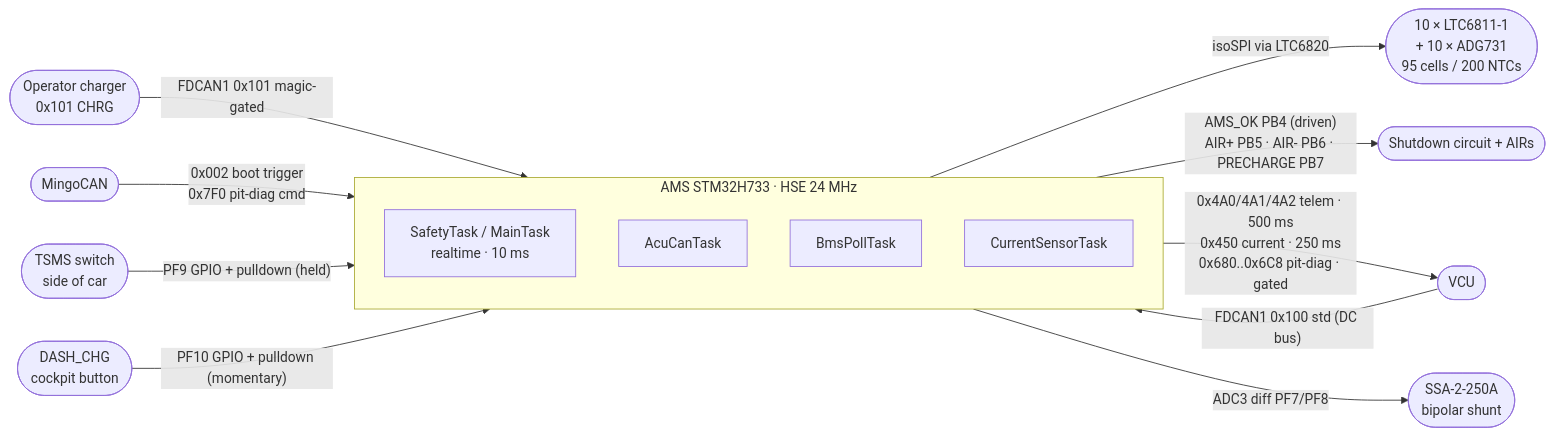
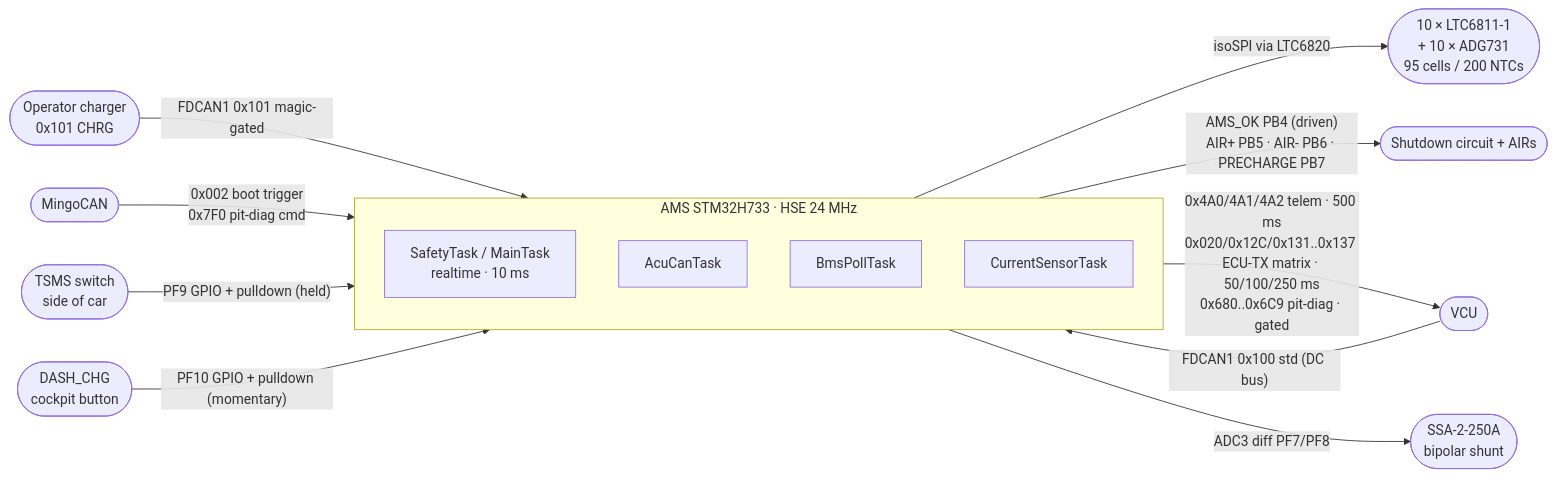
One commit to isc-fs/IFS08-CE-AMS changed the first of 4 diagrams in docs/DEEP_DIVE.md. Above: the diagram before and after it, drawn with Mermaid. The commit also changed other lines of this file and 15 other files, not shown here.

````diff
--- a/docs/DEEP_DIVE.md
+++ b/docs/DEEP_DIVE.md
@@ -31,20 +31,20 @@
 ```mermaid
 flowchart LR
     VCU([VCU]) -- "FDCAN1 0x100 std (DC bus)" --> AMS
     OP([Operator charger<br/>0x101 CHRG]) -- "FDCAN1 0x101 magic-gated" --> AMS
     BENCH([MingoCAN]) -- "0x002 boot trigger<br/>0x7F0 pit-diag cmd" --> AMS
     TSMS([TSMS switch<br/>side of car]) -- "PF9 GPIO + pulldown (held)" --> AMS
     DASH([DASH_CHG<br/>cockpit button]) -- "PF10 GPIO + pulldown (momentary)" --> AMS
 
     subgraph AMS[AMS STM32H733 · HSE 24 MHz]
       SafetyTask[SafetyTask / MainTask<br/>realtime · 10 ms]
       AcuCanTask
       BmsPollTask
       CurrentSensorTask
     end
 
     AMS -- "isoSPI via LTC6820" --> Chain([10 × LTC6811-1<br/>+ 10 × ADG731<br/>95 cells / 200 NTCs])
     AMS -- "AMS_OK PB4 (driven)<br/>AIR+ PB5 · AIR- PB6 · PRECHARGE PB7" --> SDC([Shutdown circuit + AIRs])
-    AMS -- "0x4A0/4A1/4A2 telem · 500 ms<br/>0x450 current · 250 ms<br/>0x680..0x6C8 pit-diag · gated" --> VCU
+    AMS -- "0x4A0/4A1/4A2 telem · 500 ms<br/>0x020/0x12C/0x131..0x137 ECU-TX matrix · 50/100/250 ms<br/>0x680..0x6C9 pit-diag · gated" --> VCU
     AMS -- "ADC3 diff PF7/PF8" --> CurrSensor([SSA-2-250A<br/>bipolar shunt])
 ```
````
